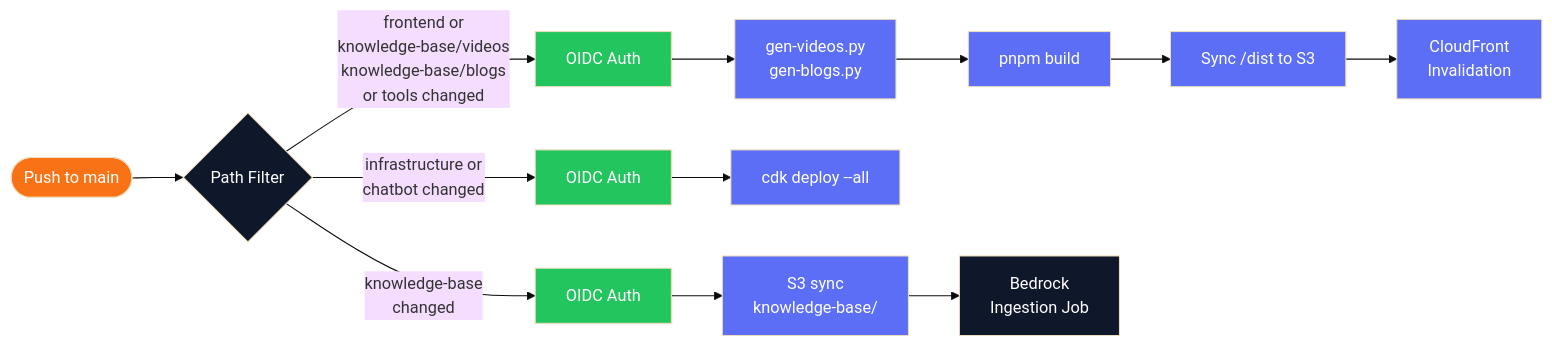
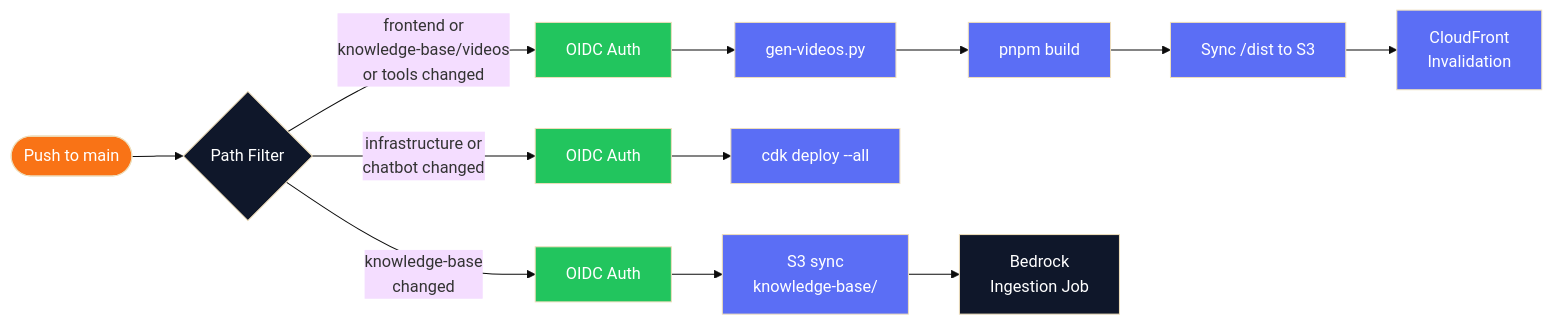
Before and after one commit to CumulusCycles/EverydayAI-Tutor: the second of 5 diagrams in docs/tech/architecture-diagram.md, drawn with Mermaid (base theme). The commit also changed other lines of this file and 33 other files, not shown here.

````diff
--- a/docs/tech/architecture-diagram.md
+++ b/docs/tech/architecture-diagram.md
@@ -44,30 +44,30 @@
 ```mermaid
 flowchart LR
     A([Push to main]) --> B{Path Filter}
 
-    B -->|frontend or\nknowledge-base/videos\nknowledge-base/blogs\nor tools changed| C[OIDC Auth]
-    C --> C1[gen-videos.py\ngen-blogs.py]
+    B -->|frontend or\nknowledge-base/videos\nor tools changed| C[OIDC Auth]
+    C --> C1[gen-videos.py]
     C1 --> C2[pnpm build]
     C2 --> C3[Sync /dist to S3]
     C3 --> C4[CloudFront\nInvalidation]
 
     B -->|infrastructure or\nchatbot changed| D[OIDC Auth]
     D --> D1[cdk deploy --all]
 
     B -->|knowledge-base\nchanged| E[OIDC Auth]
     E --> E1[S3 sync\nknowledge-base/]
     E1 --> E2[Bedrock\nIngestion Job]
 
     style A fill:#F97316,color:#fff
     style B fill:#0F172A,color:#fff
     style C fill:#22C55E,color:#fff
     style C1 fill:#5B6EF5,color:#fff
     style C2 fill:#5B6EF5,color:#fff
     style C3 fill:#5B6EF5,color:#fff
     style C4 fill:#5B6EF5,color:#fff
     style D fill:#22C55E,color:#fff
     style D1 fill:#5B6EF5,color:#fff
     style E fill:#22C55E,color:#fff
     style E1 fill:#5B6EF5,color:#fff
     style E2 fill:#0F172A,color:#fff
 ```
````
